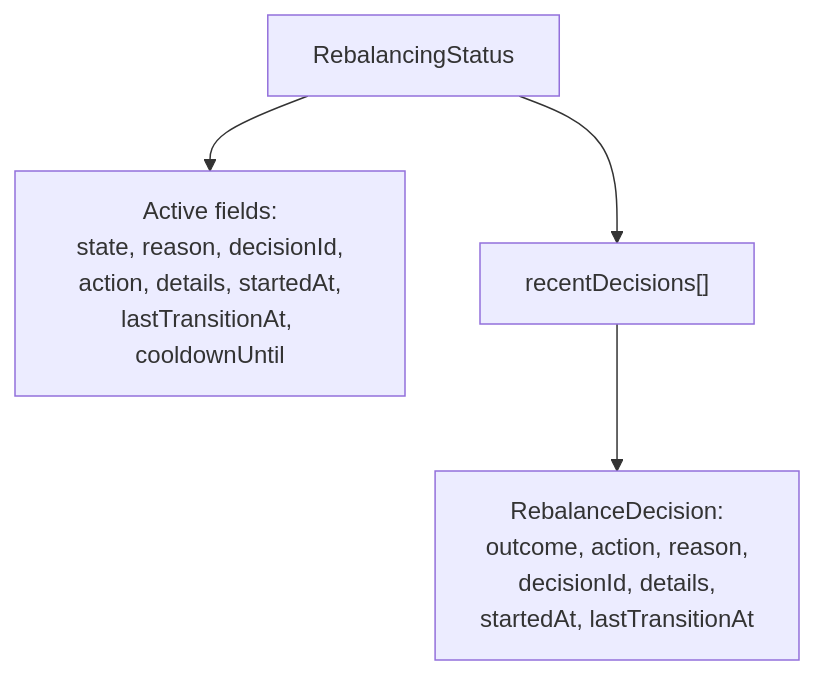
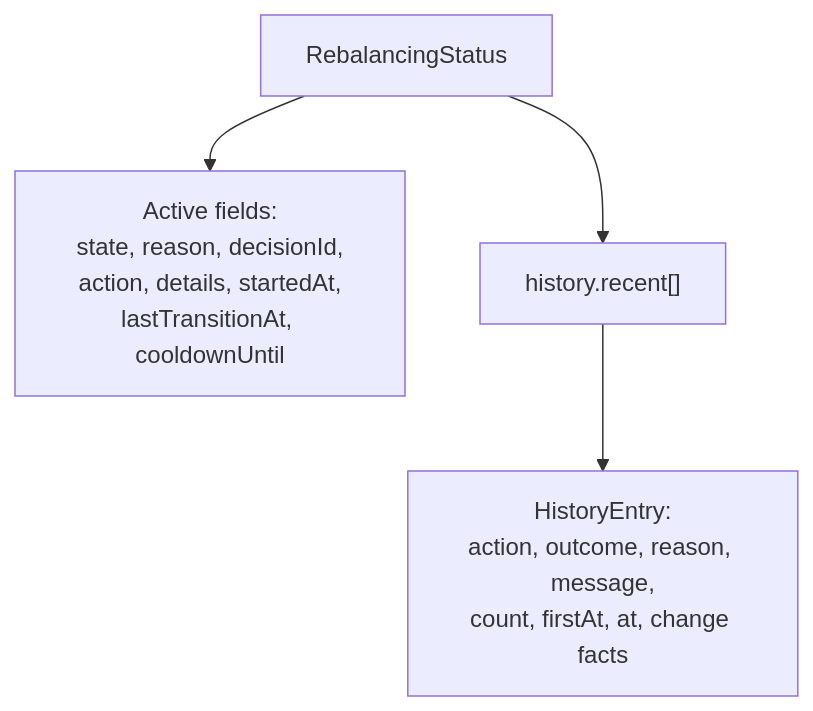
Before and after one commit to HIRO-MicroDataCenters-BV/hiro-adaptive-orchestrator: diagram 21 of 35 in internal/rebalance/README.md, drawn with Mermaid. The commit also changed other lines of this file and 35 other files, not shown here.

Commit message:
BREAKING: Replace recentDecisions with a windowed rebalance history summary, make applicationRef immutable, and send history to the agent

````diff
--- a/internal/rebalance/README.md
+++ b/internal/rebalance/README.md
@@ -1155,6 +1161,6 @@
 ```mermaid
 flowchart TD
     RS["RebalancingStatus"] --> Active["Active fields:<br/>state, reason, decisionId,<br/>action, details, startedAt,<br/>lastTransitionAt, cooldownUntil"]
-    RS --> RD["recentDecisions[]"]
-    RD --> RDF["RebalanceDecision:<br/>outcome, action, reason,<br/>decisionId, details,<br/>startedAt, lastTransitionAt"]
+    RS --> RD["history.recent[]"]
+    RD --> RDF["HistoryEntry:<br/>action, outcome, reason, message,<br/>count, firstAt, at, change facts"]
 ```
````
